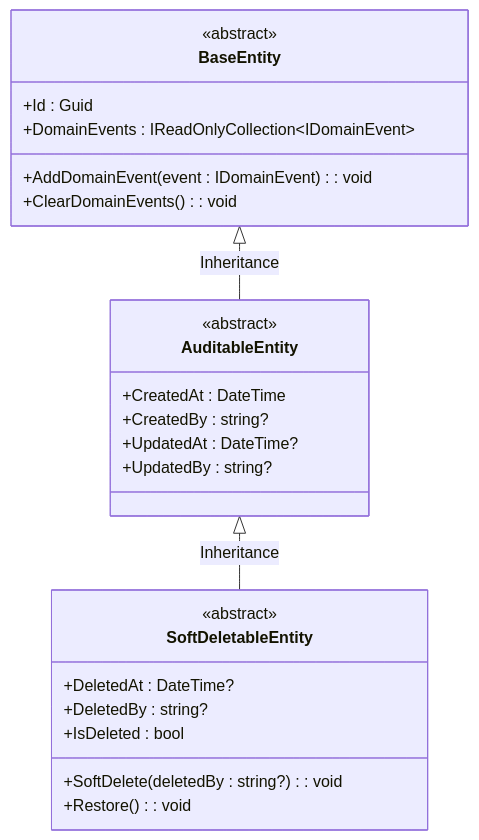
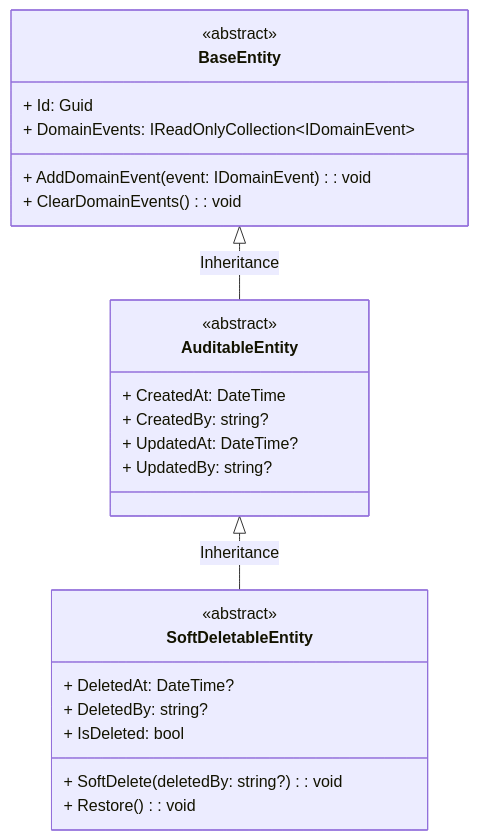
Before and after one commit to Capstonne-Project/greenlens-service: the second of 14 diagrams in docs/BusinessRule/CLASS_DIAGRAMS.md, drawn with Mermaid. The commit also changed other lines of this file, not shown here.

Commit message:
chore(docs): class diagram md enhance format

````diff
--- a/docs/BusinessRule/CLASS_DIAGRAMS.md
+++ b/docs/BusinessRule/CLASS_DIAGRAMS.md
@@ -55,30 +55,30 @@
 ```mermaid
 classDiagram
     class BaseEntity {
         <<abstract>>
-        +Id : Guid
-        +DomainEvents : IReadOnlyCollection~IDomainEvent~
-        +AddDomainEvent(event : IDomainEvent) : void
-        +ClearDomainEvents() : void
+        + Id: Guid
+        + DomainEvents: IReadOnlyCollection~IDomainEvent~
+        + AddDomainEvent(event: IDomainEvent): void
+        + ClearDomainEvents(): void
     }
 
     class AuditableEntity {
         <<abstract>>
-        +CreatedAt : DateTime
-        +CreatedBy : string?
-        +UpdatedAt : DateTime?
-        +UpdatedBy : string?
+        + CreatedAt: DateTime
+        + CreatedBy: string?
+        + UpdatedAt: DateTime?
+        + UpdatedBy: string?
     }
 
     class SoftDeletableEntity {
         <<abstract>>
-        +DeletedAt : DateTime?
-        +DeletedBy : string?
-        +IsDeleted : bool
-        +SoftDelete(deletedBy : string?) : void
-        +Restore() : void
+        + DeletedAt: DateTime?
+        + DeletedBy: string?
+        + IsDeleted: bool
+        + SoftDelete(deletedBy: string?): void
+        + Restore(): void
     }
 
     BaseEntity <|-- AuditableEntity : Inheritance
     AuditableEntity <|-- SoftDeletableEntity : Inheritance
 ```
````
